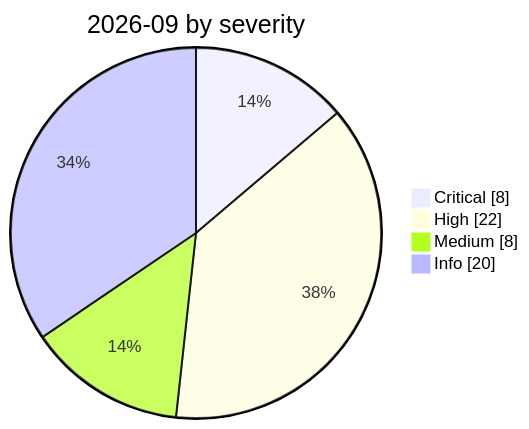
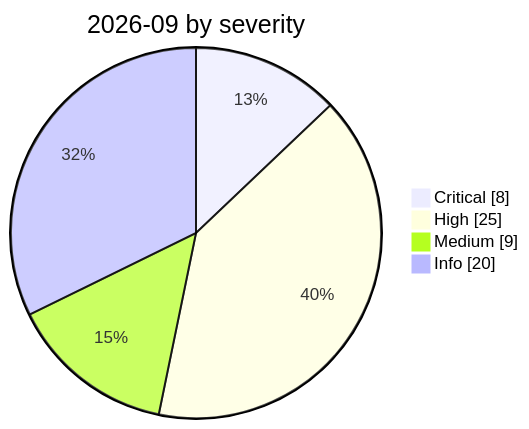
Before and after one commit to Continuum-AI-Corp/Orca-AI-Incident-Archive: the diagram in incidents/2026-09/README.md, drawn with Mermaid. The commit also changed other lines of this file and 38 other files, not shown here.

````diff
--- a/incidents/2026-09/README.md
+++ b/incidents/2026-09/README.md
@@ -8,8 +8,8 @@
 ```mermaid
 pie showData
     title 2026-09 by severity
     "Critical" : 8
-    "High" : 22
-    "Medium" : 8
+    "High" : 25
+    "Medium" : 9
     "Info" : 20
 ```
````
